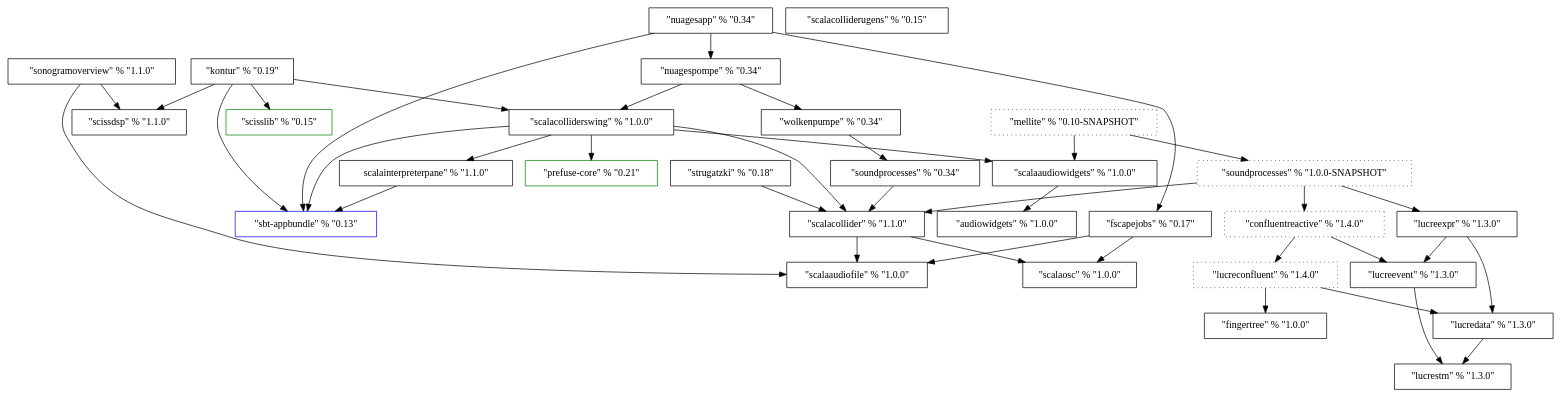
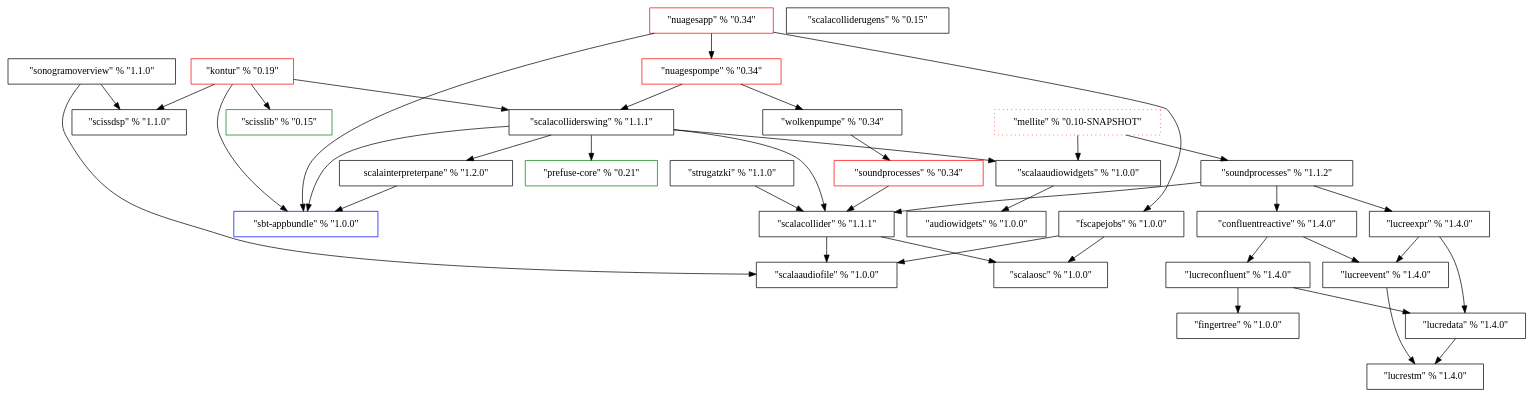
Before and after one commit to Sciss/HistoricalCode: the diagram in ProjectDependencies/dep.dot, drawn with Graphviz. The commit also changed 1 other file, not shown here.

```diff
--- a/ProjectDependencies/dep.dot
+++ b/ProjectDependencies/dep.dot
@@ -1,71 +1,71 @@
 digraph G {
 	ScalaOSC [label="\"scalaosc\" % \"1.0.0\"", shape=box];
 	ScalaAudioFile [label="\"scalaaudiofile\" % \"1.0.0\"", shape=box];
-	FScapeJobs [label="\"fscapejobs\" % \"0.17\"", shape=box];
+	FScapeJobs [label="\"fscapejobs\" % \"1.0.0\"", shape=box];
 	AudioWidgets [label="\"audiowidgets\" % \"1.0.0\"", shape=box];
 	ScalaAudioWidgets [label="\"scalaaudiowidgets\" % \"1.0.0\"", shape=box];
-	SbtAppbundle [label="\"sbt-appbundle\" % \"0.13\"", shape=Box, color=blue];
+	SbtAppbundle [label="\"sbt-appbundle\" % \"1.0.0\"", shape=Box, color=blue];
 	ScissDSP [label="\"scissdsp\" % \"1.1.0\"", shape=Box];
 	SonogramOverview [label="\"sonogramoverview\" % \"1.1.0\"", shape=Box];
-	ScalaCollider [label="\"scalacollider\" % \"1.1.0\"", shape=Box];
-	Strugatzki [label="\"strugatzki\" % \"0.18\"", shape=Box];
-	ScalaInterpreterPane [label="\scalainterpreterpane\" % \"1.1.0\"", shape=Box];
+	ScalaCollider [label="\"scalacollider\" % \"1.1.1\"", shape=Box];
+	Strugatzki [label="\"strugatzki\" % \"1.1.0\"", shape=Box];
+	ScalaInterpreterPane [label="\scalainterpreterpane\" % \"1.2.0\"", shape=Box];
 	PrefuseCore [label="\"prefuse-core\" % \"0.21\"", shape=Box, color=green];
-	ScalaColliderSwing [label="\"scalacolliderswing\" % \"1.0.0\"", shape=Box];
-	SoundProcesses [label="\"soundprocesses\" % \"0.34\"", shape=Box];
+	ScalaColliderSwing [label="\"scalacolliderswing\" % \"1.1.1\"", shape=Box];
+	SoundProcesses [label="\"soundprocesses\" % \"0.34\"", shape=Box, color=red];
 	Wolkenpumpe [label="\"wolkenpumpe\" % \"0.34\"", shape=Box];
-	NuagesPompe [label="\"nuagespompe\" % \"0.34\"", shape=Box];
-	NuagesApp [label="\"nuagesapp\" % \"0.34\"", shape=Box];
+	NuagesPompe [label="\"nuagespompe\" % \"0.34\"", shape=Box, color=red];
+	NuagesApp [label="\"nuagesapp\" % \"0.34\"", shape=Box, color=red];
 	ScissLib [label="\"scisslib\" % \"0.15\"", shape=Box, color=green];
-	Kontur [label="\"kontur\" % \"0.19\"", shape=Box];
+	Kontur [label="\"kontur\" % \"0.19\"", shape=Box, color=red];
 	FingerTree [label="\"fingertree\" % \"1.0.0\"", shape=Box];
 	ScalaColliderUGens [label="\"scalacolliderugens\" % \"0.15\"", shape=Box];
-	LucreSTM [label="\"lucrestm\" % \"1.3.0\"", shape=Box];
-	LucreEvent [label="\"lucreevent\" % \"1.3.0\"", shape=Box];
-	LucreData [label="\"lucredata\" % \"1.3.0\"", shape=Box];
-	LucreExpr [label="\"lucreexpr\" % \"1.3.0\"", shape=Box];
-	LucreConfluent [label="\"lucreconfluent\" % \"1.4.0\"", shape=Box, style=dotted];
-	ConfluentReactive [label="\"confluentreactive\" % \"1.4.0\"", shape=Box, style=dotted];
-	SoundProcesses3 [label="\"soundprocesses\" % \"1.0.0-SNAPSHOT\"", shape=Box, style=dotted];
-	Mellite [label="\"mellite\" % \"0.10-SNAPSHOT\"", shape=Box, style=dotted];
+	LucreSTM [label="\"lucrestm\" % \"1.4.0\"", shape=Box];
+	LucreEvent [label="\"lucreevent\" % \"1.4.0\"", shape=Box];
+	LucreData [label="\"lucredata\" % \"1.4.0\"", shape=Box];
+	LucreExpr [label="\"lucreexpr\" % \"1.4.0\"", shape=Box];
+	LucreConfluent [label="\"lucreconfluent\" % \"1.4.0\"", shape=Box];
+	ConfluentReactive [label="\"confluentreactive\" % \"1.4.0\"", shape=Box];
+	SoundProcesses3 [label="\"soundprocesses\" % \"1.1.2\"", shape=Box];
+	Mellite [label="\"mellite\" % \"0.10-SNAPSHOT\"", shape=Box, style=dotted, color=red];
 	
 	FScapeJobs -> ScalaOSC;
 	FScapeJobs -> ScalaAudioFile;
 	ScalaAudioWidgets -> AudioWidgets;
 	SonogramOverview -> ScalaAudioFile;
 	SonogramOverview -> ScissDSP;
 	ScalaCollider -> ScalaOSC;
 	ScalaCollider -> ScalaAudioFile;
 	Strugatzki -> ScalaCollider;
 	ScalaInterpreterPane -> SbtAppbundle;
 	ScalaColliderSwing -> SbtAppbundle;
 	ScalaColliderSwing -> ScalaCollider;
 	ScalaColliderSwing -> ScalaInterpreterPane;
 	ScalaColliderSwing -> PrefuseCore;
 	ScalaColliderSwing -> ScalaAudioWidgets;
 	SoundProcesses -> ScalaCollider;
 	Wolkenpumpe -> SoundProcesses;
 	NuagesPompe -> Wolkenpumpe;
 	NuagesPompe -> ScalaColliderSwing;
 	NuagesApp -> SbtAppbundle;
 	NuagesApp -> NuagesPompe;
 	NuagesApp -> FScapeJobs;
 	Kontur -> SbtAppbundle;
 	Kontur -> ScalaColliderSwing;
 	Kontur -> ScissDSP;
 	Kontur -> ScissLib;
 	LucreEvent -> LucreSTM;
 	LucreData -> LucreSTM;
    LucreExpr -> LucreData;
    LucreExpr -> LucreEvent;
 	LucreConfluent -> FingerTree;
 	LucreConfluent -> LucreData;
 //	LucreConfluent -> LucreExpr [style=dotted];
 	ConfluentReactive -> LucreConfluent;
 	ConfluentReactive -> LucreEvent;
 	SoundProcesses3 -> ScalaCollider;
 	SoundProcesses3 -> ConfluentReactive;
 	SoundProcesses3 -> LucreExpr;
 	Mellite -> SoundProcesses3;
 	Mellite -> ScalaAudioWidgets;
 }
```
